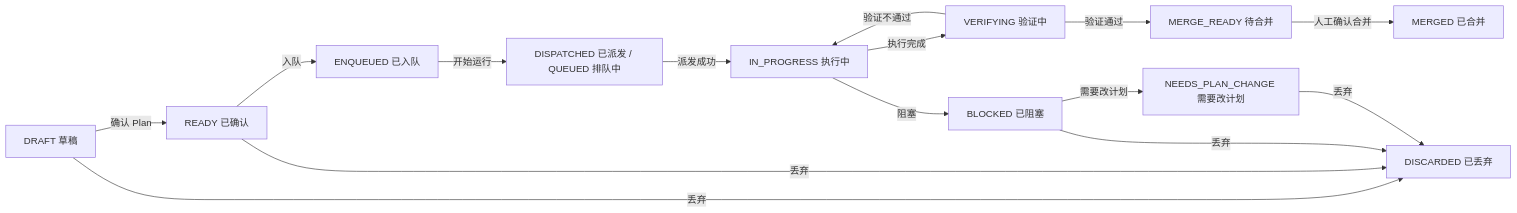
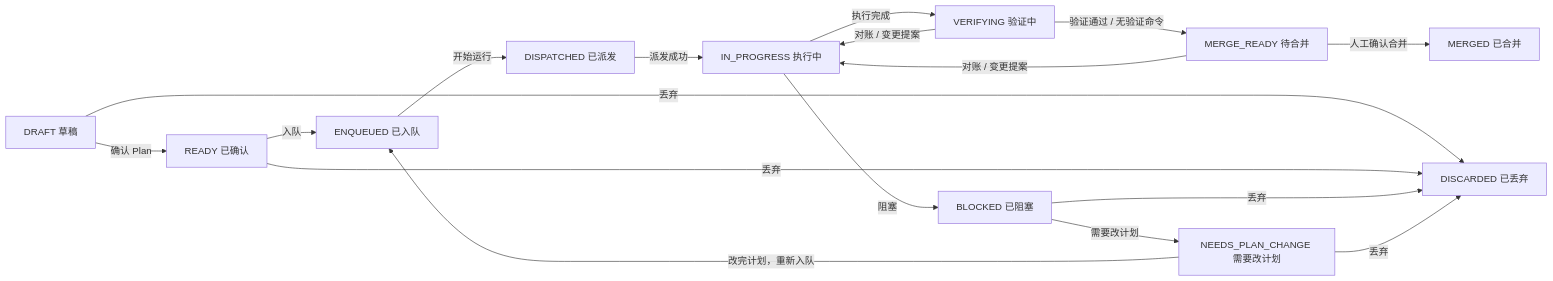
One commit to DigitalMarsh/pipeline-factory changed the third of 10 diagrams in docs/消息类型及事件状态机流程图.md. Above: the diagram before and after it, drawn with Mermaid. The commit also changed other lines of this file and 4 other files, not shown here.

````diff
--- a/docs/消息类型及事件状态机流程图.md
+++ b/docs/消息类型及事件状态机流程图.md
@@ -585,17 +628,19 @@
 ```mermaid
 flowchart LR
   D["DRAFT 草稿"] -->|"确认 Plan"| RD["READY 已确认"]
   D -->|"丢弃"| DS["DISCARDED 已丢弃"]
   RD -->|"入队"| EQ["ENQUEUED 已入队"]
-  EQ -->|"开始运行"| DP["DISPATCHED 已派发 / QUEUED 排队中"]
+  EQ -->|"开始运行"| DP["DISPATCHED 已派发"]
   DP -->|"派发成功"| IP["IN_PROGRESS 执行中"]
   IP -->|"执行完成"| VF["VERIFYING 验证中"]
-  VF -->|"验证通过"| MR["MERGE_READY 待合并"]
-  VF -->|"验证不通过"| IP
+  VF -->|"验证通过 / 无验证命令"| MR["MERGE_READY 待合并"]
   MR -->|"人工确认合并"| MG["MERGED 已合并"]
   IP -->|"阻塞"| BL["BLOCKED 已阻塞"]
   BL -->|"需要改计划"| NP["NEEDS_PLAN_CHANGE 需要改计划"]
+  NP -->|"改完计划，重新入队"| EQ
+  VF -->|"对账 / 变更提案"| IP
+  MR -->|"对账 / 变更提案"| IP
   RD -->|"丢弃"| DS
   BL -->|"丢弃"| DS
   NP -->|"丢弃"| DS
 ```
````
